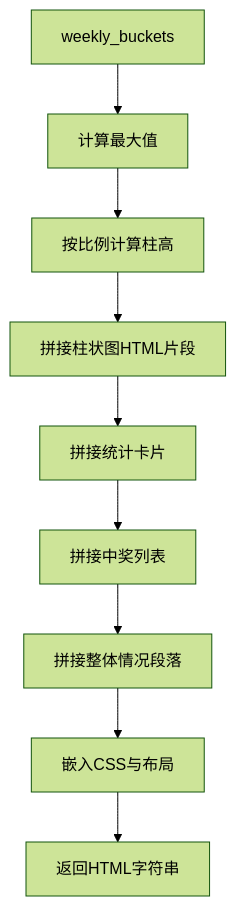
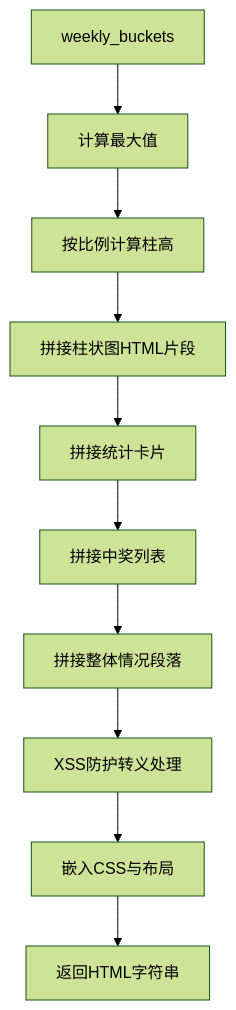
One commit to onebody/homework changed the fifth of 6 diagrams in .qoder/repowiki/zh/content/暑假作业打卡系统/后端服务架构/服务层架构/报表服务.md. Above: the diagram before and after it, drawn with Mermaid (forest theme). The commit also changed other lines of this file and 28 other files, not shown here.

````diff
--- a/.qoder/repowiki/zh/content/暑假作业打卡系统/后端服务架构/服务层架构/报表服务.md
+++ b/.qoder/repowiki/zh/content/暑假作业打卡系统/后端服务架构/服务层架构/报表服务.md
@@ -308,11 +333,12 @@
 ```mermaid
 flowchart TD
 A["weekly_buckets"] --> B["计算最大值"]
 B --> C["按比例计算柱高"]
 C --> D["拼接柱状图HTML片段"]
 D --> E["拼接统计卡片"]
 E --> F["拼接中奖列表"]
 F --> G["拼接整体情况段落"]
-G --> H["嵌入CSS与布局"]
-H --> I["返回HTML字符串"]
+G --> H["XSS防护转义处理"]
+H --> I["嵌入CSS与布局"]
+I --> J["返回HTML字符串"]
 ```
````
